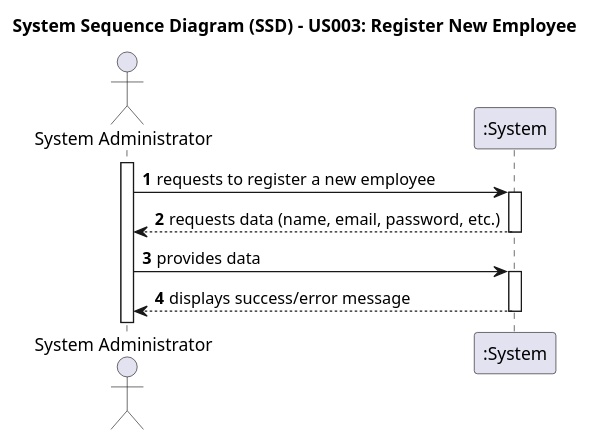
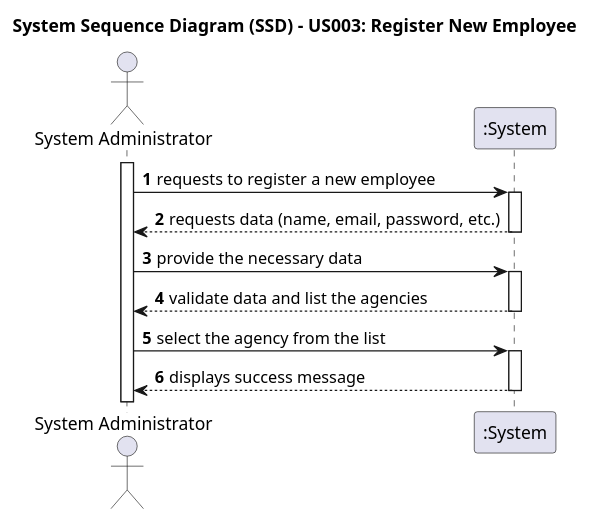
One commit to Goncalves2525/real-estate-management-system changed the diagram in docs/sprintA/us003/01.requirements-engineering/puml/us003-system-sequence-diagram.puml. Above: the diagram before and after it, drawn with PlantUML. The commit also changed 3 other files, not shown here.

```diff
--- a/docs/sprintA/us003/01.requirements-engineering/puml/us003-system-sequence-diagram.puml
+++ b/docs/sprintA/us003/01.requirements-engineering/puml/us003-system-sequence-diagram.puml
@@ -1,27 +1,33 @@
 @startuml
 skinparam monochrome false
 skinparam packageStyle rectangle
 skinparam shadowing false
 
 title System Sequence Diagram (SSD) - US003: Register New Employee
 
 autonumber
 
 actor "System Administrator" as Admin
 participant ":System" as System
 
 activate Admin
 
     Admin -> System : requests to register a new employee
     activate System
 
         System --> Admin : requests data (name, email, password, etc.)
     deactivate System
 
-    Admin -> System : provides data
+    Admin -> System : provide the necessary data
+        activate System
+
+            System --> Admin : validate data and list the agencies
+        deactivate System
+
+    Admin -> System : select the agency from the list
     activate System
 
-        System --> Admin : displays success/error message
+        System --> Admin : displays success message
     deactivate System
 
 @enduml
```
